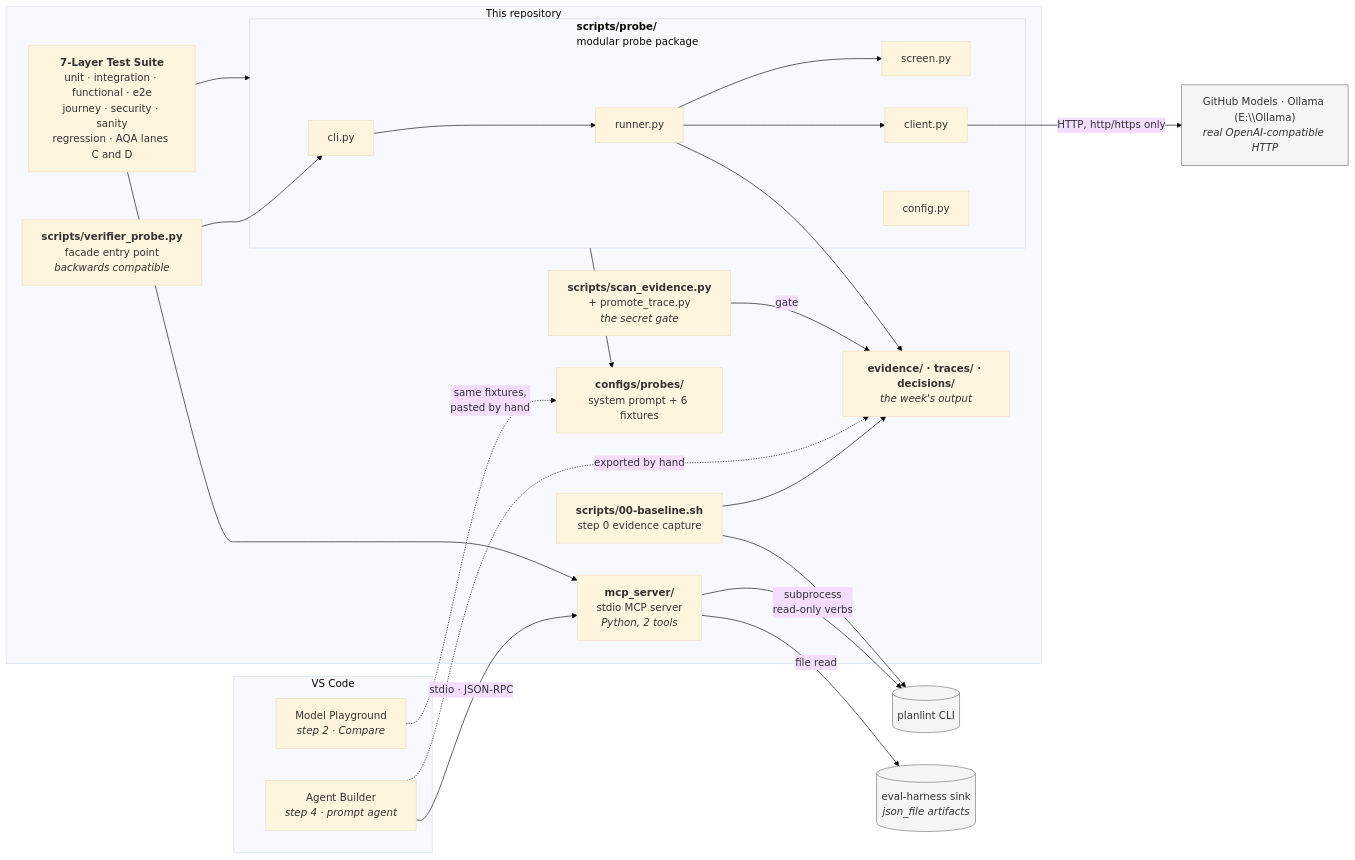
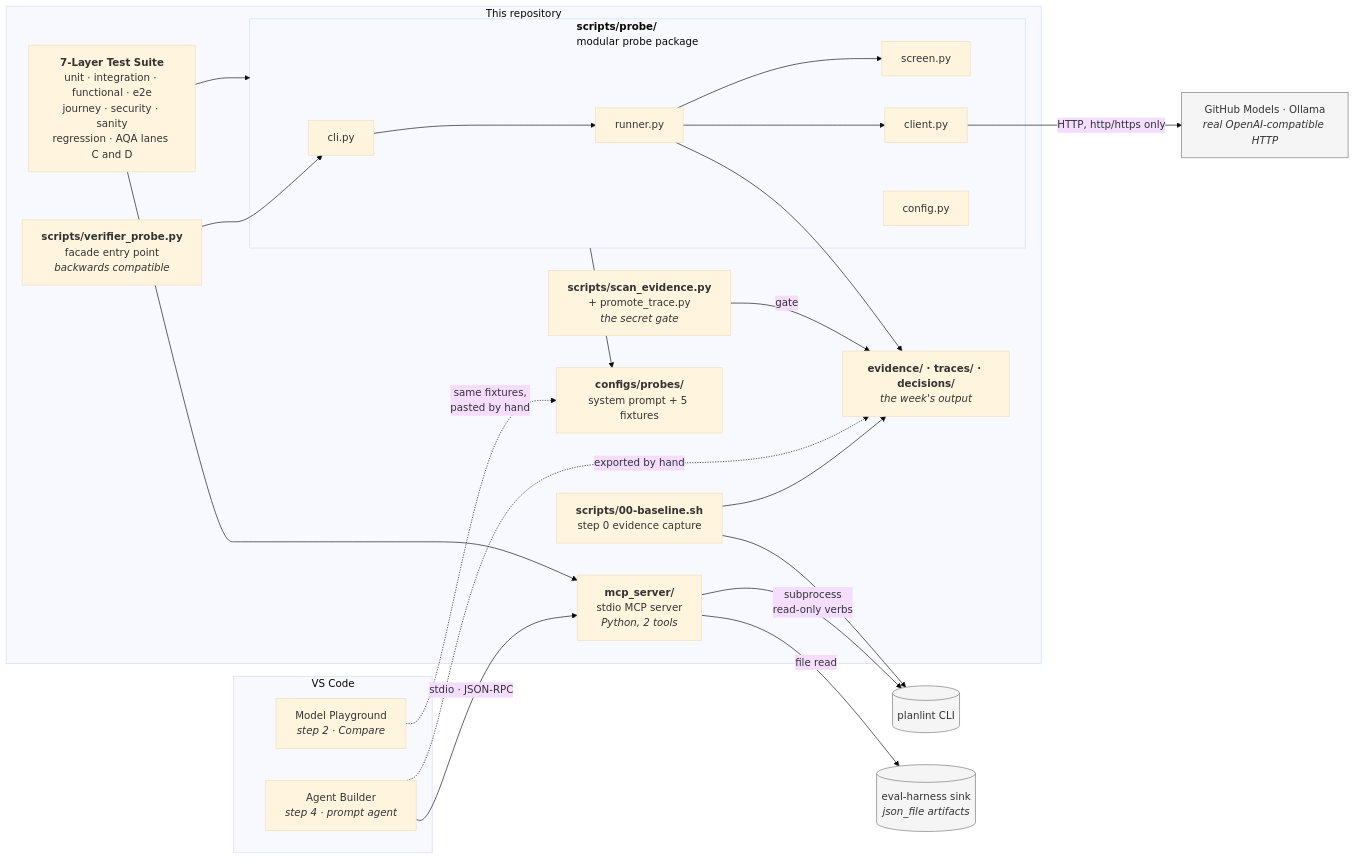
The second of 5 diagrams in docs/architecture/C4.md (ianshank/Foundry-week-1), drawn with Mermaid (base theme) before and after one commit. The commit also changed other lines of this file and 15 other files, not shown here.

````diff
--- a/docs/architecture/C4.md
+++ b/docs/architecture/C4.md
@@ -63,49 +63,49 @@
 ```mermaid
 graph LR
     subgraph vs["VS Code"]
         pg["Model Playground<br/><i>step 2 · Compare</i>"]
         ab["Agent Builder<br/><i>step 4 · prompt agent</i>"]
     end
 
     subgraph repo["This repository"]
         server["<b>mcp_server/</b><br/>stdio MCP server<br/><i>Python, 2 tools</i>"]
         probe_facade["<b>scripts/verifier_probe.py</b><br/>facade entry point<br/><i>backwards compatible</i>"]
         subgraph probe_pkg["<b>scripts/probe/</b><br/>modular probe package"]
             probe_cli["cli.py"]
             probe_runner["runner.py"]
             probe_screen["screen.py"]
             probe_client["client.py"]
             probe_config["config.py"]
         end
         baseline["<b>scripts/00-baseline.sh</b><br/>step 0 evidence capture"]
         scan["<b>scripts/scan_evidence.py</b><br/>+ promote_trace.py<br/><i>the secret gate</i>"]
-        fixtures["<b>configs/probes/</b><br/>system prompt + 6 fixtures"]
+        fixtures["<b>configs/probes/</b><br/>system prompt + 5 fixtures"]
         evidence["<b>evidence/ · traces/ · decisions/</b><br/><i>the week's output</i>"]
         test_suite["<b>7-Layer Test Suite</b><br/>unit · integration · functional · e2e<br/>journey · security · sanity<br/>regression · AQA lanes C and D"]
     end
 
     planlint[("planlint CLI")]
     sink[("eval-harness sink<br/><i>json_file artifacts</i>")]
-    models["GitHub Models · Ollama (E:\\Ollama)<br/><i>real OpenAI-compatible HTTP</i>"]
+    models["GitHub Models · Ollama<br/><i>real OpenAI-compatible HTTP</i>"]
 
     ab -->|"stdio · JSON-RPC"| server
     pg -.->|"same fixtures,<br/>pasted by hand"| fixtures
     probe_facade --> probe_cli
     probe_cli --> probe_runner
     probe_runner --> probe_screen
     probe_runner --> probe_client
     probe_client -->|"HTTP, http/https only"| models
     probe_pkg --> fixtures
     server -->|"subprocess<br/>read-only verbs"| planlint
     server -->|"file read"| sink
     baseline --> planlint
     probe_runner --> evidence
     baseline --> evidence
     ab -.->|"exported by hand"| evidence
     scan -->|"gate"| evidence
     test_suite --> server
     test_suite --> probe_pkg
 
     classDef store fill:#f5f5f5,stroke:#777
     class planlint,sink,models store
 ```
````
